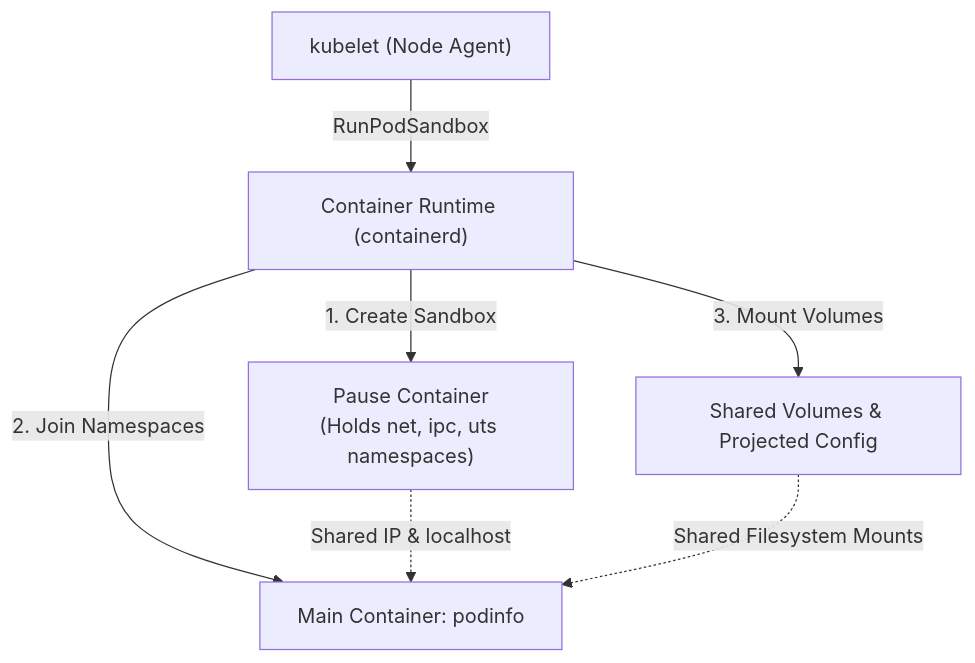
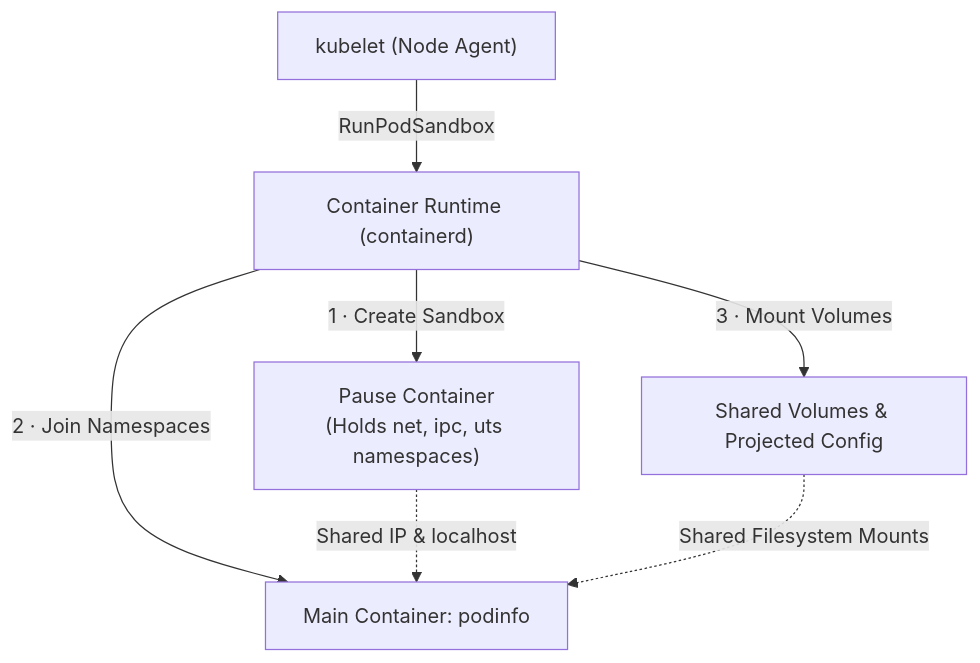
Before and after one commit to darshan-raul/cloudnative-wiki: the diagram in content/Kubernetes/concepts/L03-workloads/01-pods-deep-dive.md, drawn with Mermaid. The commit also changed 94 other files, not shown here.

````diff
--- a/content/Kubernetes/concepts/L03-workloads/01-pods-deep-dive.md
+++ b/content/Kubernetes/concepts/L03-workloads/01-pods-deep-dive.md
@@ -20,10 +20,10 @@
 ```mermaid
 flowchart TD
     Kubelet["kubelet (Node Agent)"] -->|RunPodSandbox| CRI["Container Runtime (containerd)"]
-    CRI -->|1. Create Sandbox| Pause["Pause Container<br/>(Holds net, ipc, uts namespaces)"]
-    CRI -->|2. Join Namespaces| App["Main Container: podinfo"]
-    CRI -->|3. Mount Volumes| VFS["Shared Volumes & Projected Config"]
+    CRI -->|1 · Create Sandbox| Pause["Pause Container<br/>(Holds net, ipc, uts namespaces)"]
+    CRI -->|2 · Join Namespaces| App["Main Container: podinfo"]
+    CRI -->|3 · Mount Volumes| VFS["Shared Volumes & Projected Config"]
 
     Pause -.->|Shared IP & localhost| App
     VFS -.->|Shared Filesystem Mounts| App
 ```
````
